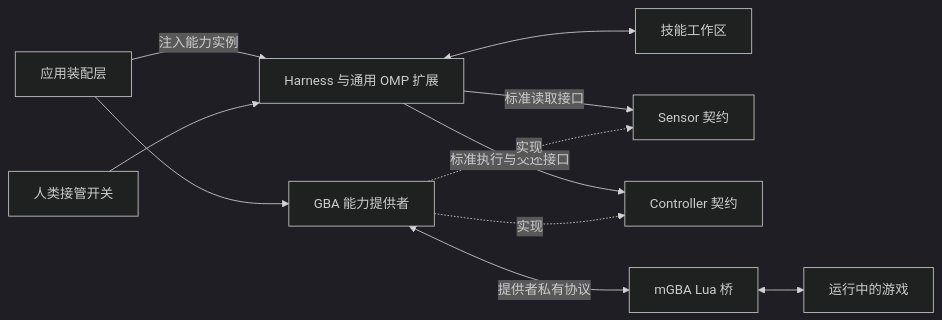
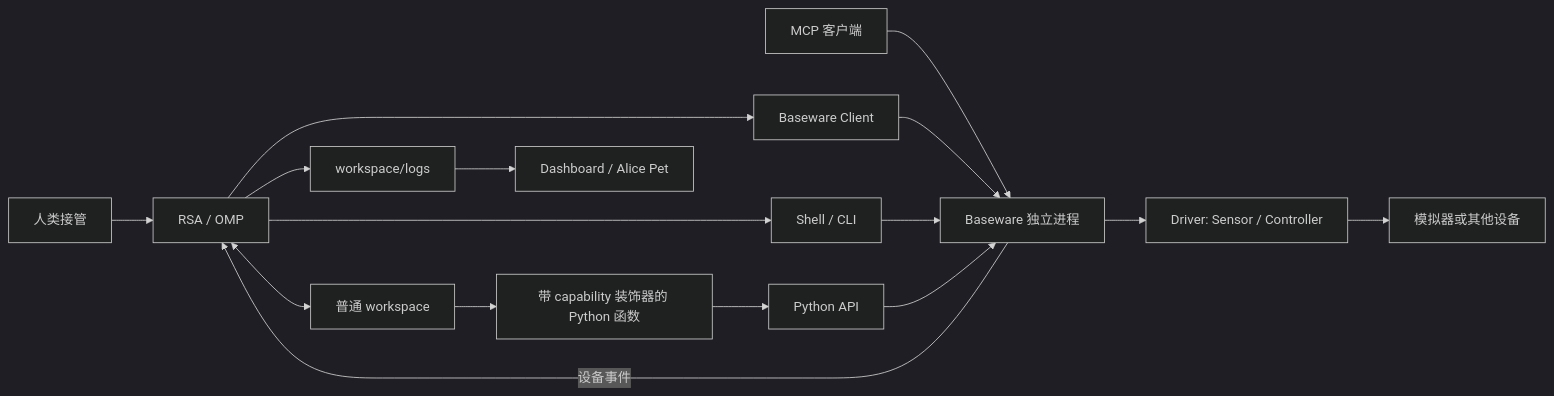
The diagram in rsa/docs/architecture.md (luokerenx4/Ludens-alpha), drawn with Mermaid (dark theme) before and after one commit. The commit also changed other lines of this file and 62 other files, not shown here.

Commit message:
Extract Baseware and discover workspace Python capabilities

````diff
--- a/rsa/docs/architecture.md
+++ b/rsa/docs/architecture.md
@@ -27,13 +7,18 @@
 ```mermaid
 flowchart LR
-    APP[应用装配层] --> P[GBA 能力提供者]
-    APP -->|注入能力实例| H[Harness 与通用 OMP 扩展]
-    HUMAN[人类接管开关] --> H
-    H <--> W[技能工作区]
-    H -->|标准读取接口| S[Sensor 契约]
-    H -->|标准执行与交还接口| C[Controller 契约]
-    P -.->|实现| S
-    P -.->|实现| C
-    P <-->|提供者私有协议| M[mGBA Lua 桥]
-    M <--> GAME[运行中的游戏]
+    H[人类接管] --> R[RSA / OMP]
+    R <--> W[普通 workspace]
+    W --> P[带 capability 装饰器的 Python 函数]
+    R --> C[Baseware Client]
+    R --> S[Shell / CLI]
+    P --> A[Python API]
+    M[MCP 客户端] --> B[Baseware 独立进程]
+    C --> B
+    S --> B
+    A --> B
+    B --> D[Driver: Sensor / Controller]
+    D --> E[模拟器或其他设备]
+    B -->|设备事件| R
+    R --> L[workspace/logs]
+    L --> V[Dashboard / Alice Pet]
 ```
````
